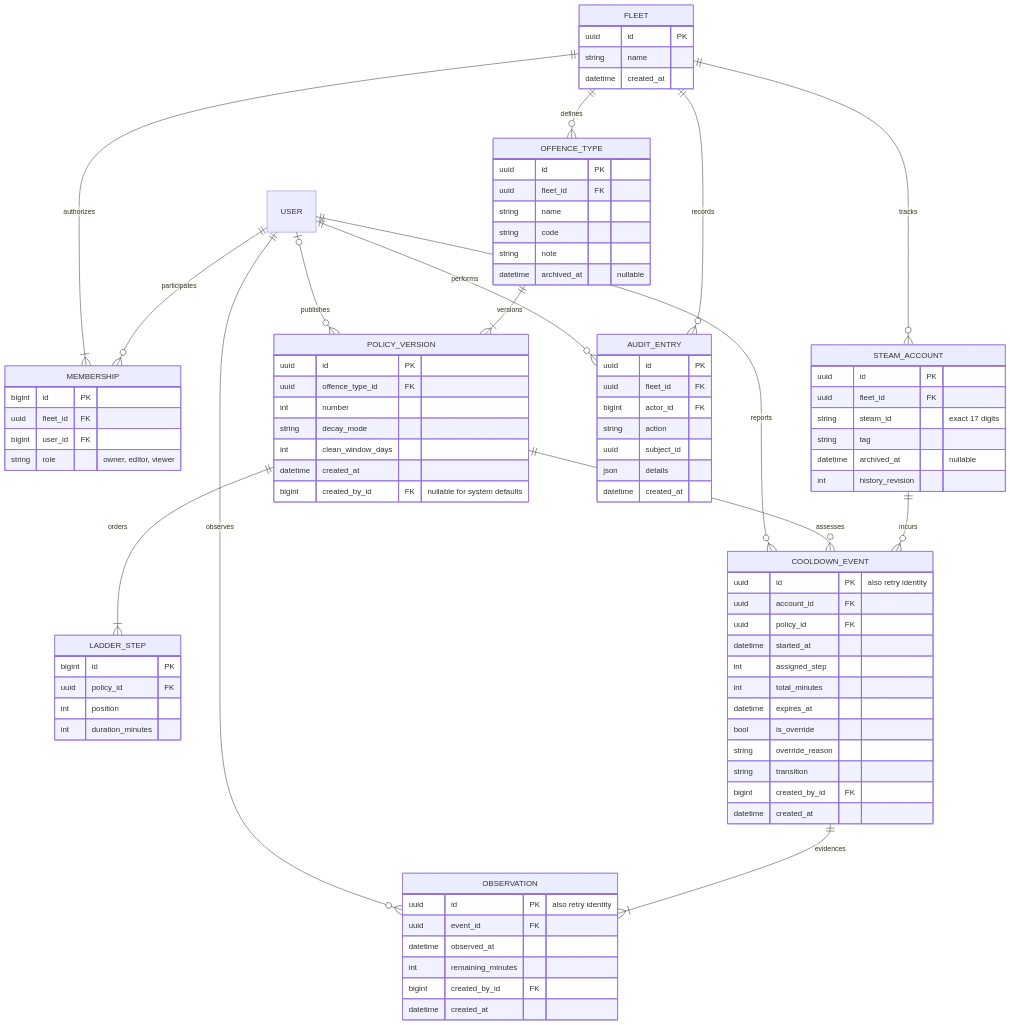
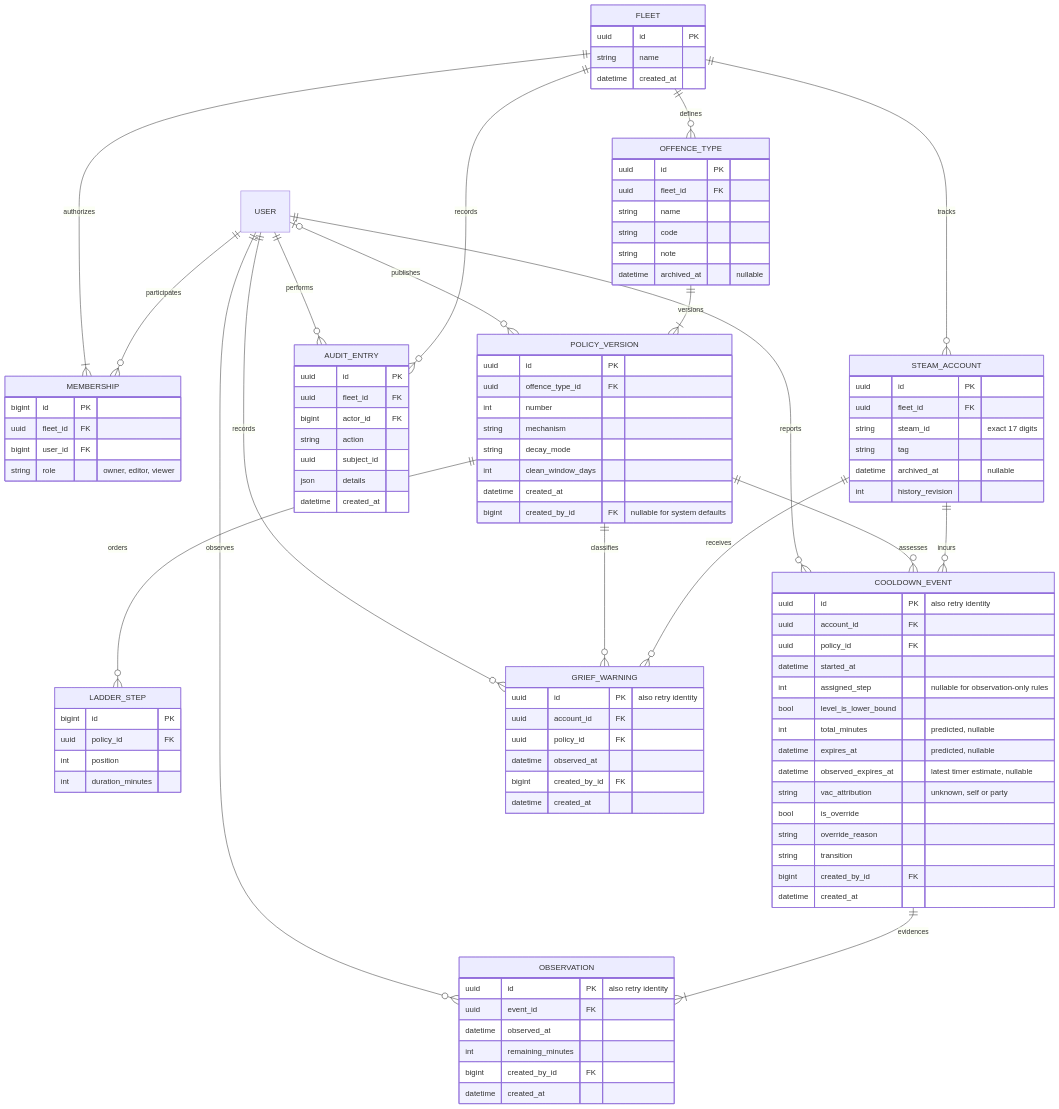
One commit to gingerchicken/cooldown-counter changed the diagram in docs/data-model.md. Above: the diagram before and after it, drawn with Mermaid. The commit also changed other lines of this file and 5 other files, not shown here.

```diff
--- a/docs/data-model.md
+++ b/docs/data-model.md
@@ -17,13 +15,16 @@
     FLEET ||--o{ STEAM_ACCOUNT : tracks
     FLEET ||--o{ OFFENCE_TYPE : defines
     OFFENCE_TYPE ||--|{ POLICY_VERSION : versions
-    POLICY_VERSION ||--|{ LADDER_STEP : orders
+    POLICY_VERSION ||--o{ LADDER_STEP : orders
     STEAM_ACCOUNT ||--o{ COOLDOWN_EVENT : incurs
     POLICY_VERSION ||--o{ COOLDOWN_EVENT : assesses
     COOLDOWN_EVENT ||--|{ OBSERVATION : evidences
     FLEET ||--o{ AUDIT_ENTRY : records
     USER ||--o{ COOLDOWN_EVENT : reports
     USER ||--o{ OBSERVATION : observes
+    STEAM_ACCOUNT ||--o{ GRIEF_WARNING : receives
+    POLICY_VERSION ||--o{ GRIEF_WARNING : classifies
+    USER ||--o{ GRIEF_WARNING : records
     USER ||--o{ AUDIT_ENTRY : performs
     USER o|--o{ POLICY_VERSION : publishes
 
@@ -58,6 +59,7 @@
         uuid id PK
         uuid offence_type_id FK
         int number
+        string mechanism
         string decay_mode
         int clean_window_days
         datetime created_at
@@ -74,9 +76,12 @@
         uuid account_id FK
         uuid policy_id FK
         datetime started_at
-        int assigned_step
-        int total_minutes
-        datetime expires_at
+        int assigned_step "nullable for observation-only rules"
+        bool level_is_lower_bound
+        int total_minutes "predicted, nullable"
+        datetime expires_at "predicted, nullable"
+        datetime observed_expires_at "latest timer estimate, nullable"
+        string vac_attribution "unknown, self or party"
         bool is_override
         string override_reason
         string transition
@@ -91,6 +96,14 @@
         bigint created_by_id FK
         datetime created_at
     }
+    GRIEF_WARNING {
+        uuid id PK "also retry identity"
+        uuid account_id FK
+        uuid policy_id FK
+        datetime observed_at
+        bigint created_by_id FK
+        datetime created_at
+    }
     AUDIT_ENTRY {
         uuid id PK
         uuid fleet_id FK
```
